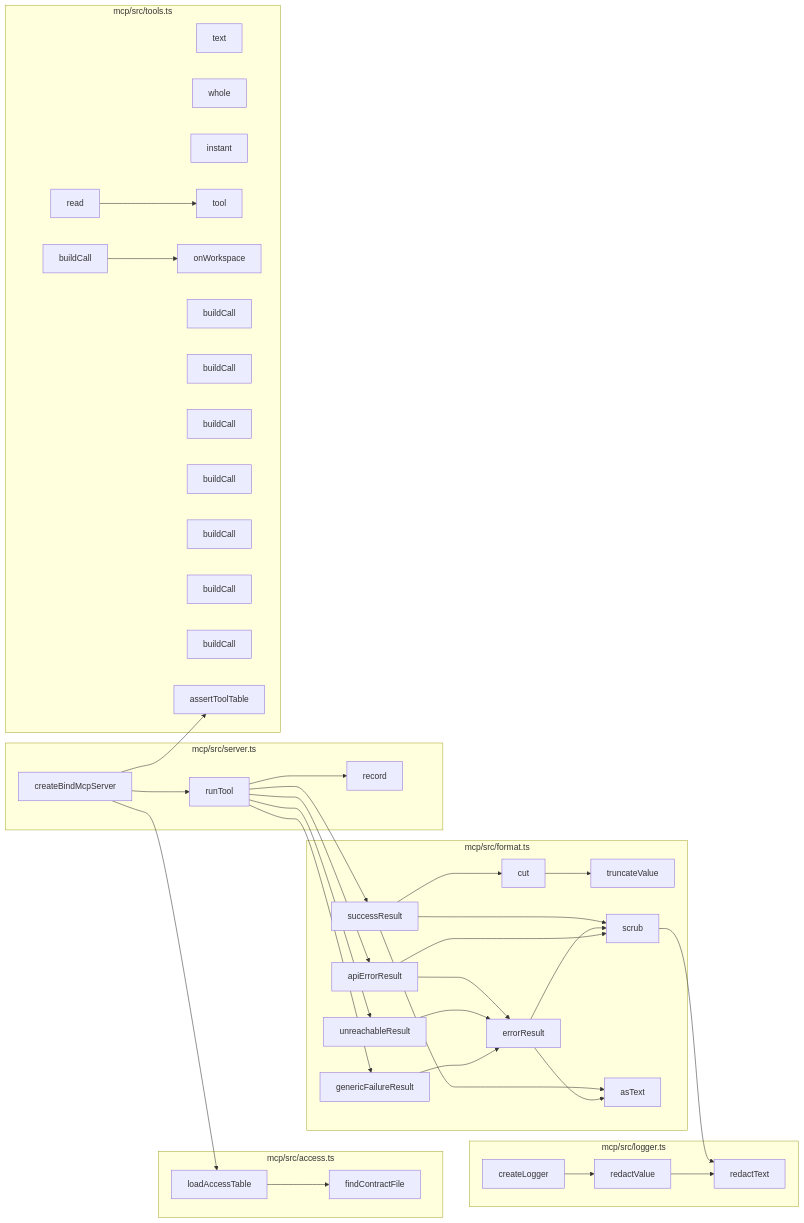
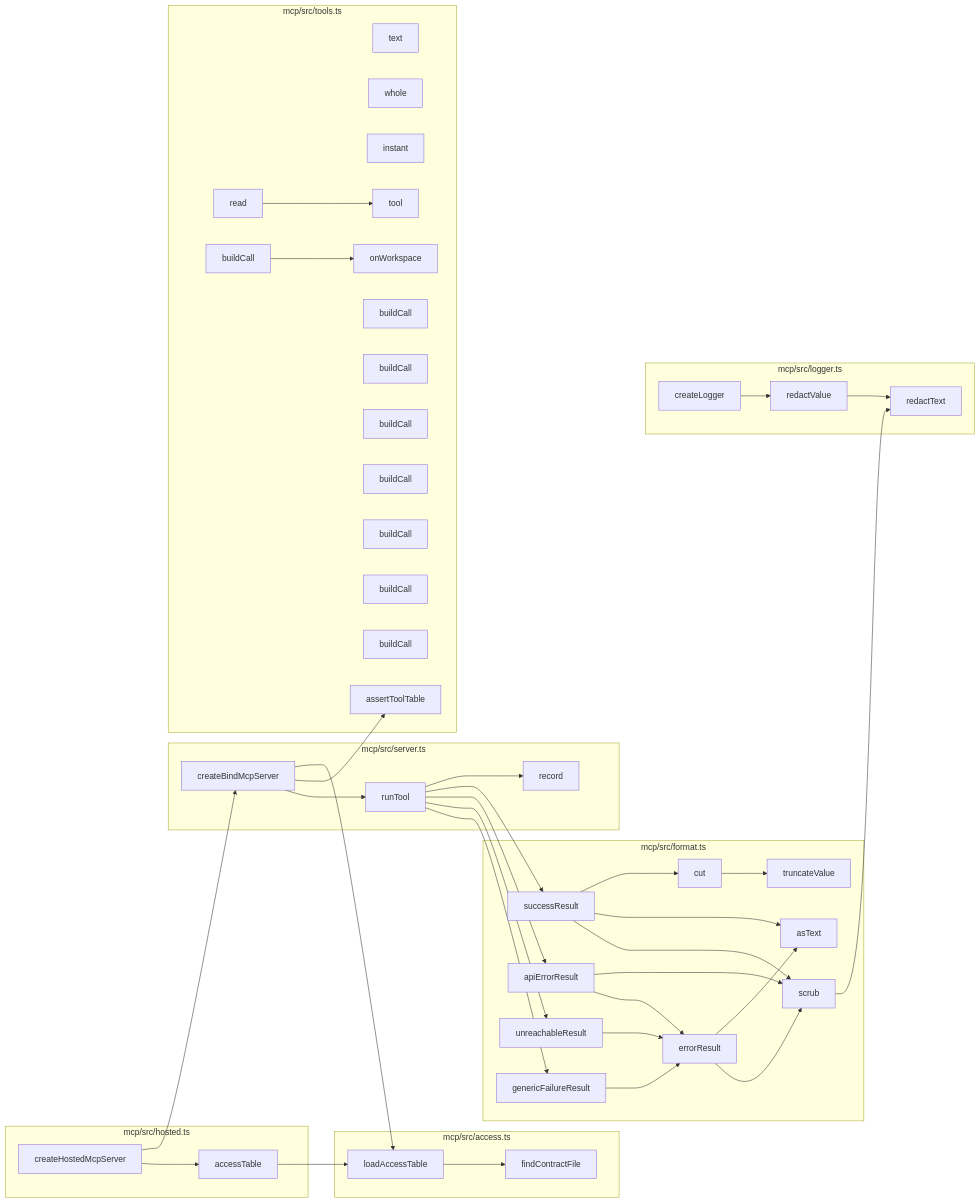
One commit to Jaydearcadian/bind changed the second of 5 diagrams in docs/CODEBASE_MAP.md. Above: the diagram before and after it, drawn with Mermaid. The commit also changed other lines of this file and 17 other files, not shown here.

````diff
--- a/docs/CODEBASE_MAP.md
+++ b/docs/CODEBASE_MAP.md
@@ -859,69 +151,76 @@
 ```mermaid
 flowchart LR
   subgraph F0["mcp/src/access.ts"]
     n0["findContractFile"]
     n1["loadAccessTable"]
   end
   subgraph F1["mcp/src/format.ts"]
     n2["truncateValue"]
     n3["cut"]
     n4["scrub"]
     n5["asText"]
     n6["successResult"]
     n7["errorResult"]
     n8["apiErrorResult"]
     n9["unreachableResult"]
     n10["genericFailureResult"]
   end
-  subgraph F2["mcp/src/logger.ts"]
-    n11["redactText"]
-    n12["redactValue"]
-    n13["createLogger"]
+  subgraph F2["mcp/src/hosted.ts"]
+    n11["accessTable"]
+    n12["createHostedMcpServer"]
   end
-  subgraph F3["mcp/src/server.ts"]
-    n14["createBindMcpServer"]
-    n15["runTool"]
-    n16["record"]
+  subgraph F3["mcp/src/logger.ts"]
+    n13["redactText"]
+    n14["redactValue"]
+    n15["createLogger"]
   end
-  subgraph F4["mcp/src/tools.ts"]
-    n17["text"]
-    n18["whole"]
-    n19["instant"]
-    n20["tool"]
-    n21["onWorkspace"]
-    n22["read"]
-    n23["buildCall"]
-    n24["buildCall"]
+  subgraph F4["mcp/src/server.ts"]
+    n16["createBindMcpServer"]
+    n17["runTool"]
+    n18["record"]
+  end
+  subgraph F5["mcp/src/tools.ts"]
+    n19["text"]
+    n20["whole"]
+    n21["instant"]
+    n22["tool"]
+    n23["onWorkspace"]
+    n24["read"]
     n25["buildCall"]
     n26["buildCall"]
     n27["buildCall"]
     n28["buildCall"]
     n29["buildCall"]
     n30["buildCall"]
-    n31["assertToolTable"]
+    n31["buildCall"]
+    n32["buildCall"]
+    n33["assertToolTable"]
   end
   n1 --> n0
   n3 --> n2
-  n4 --> n11
+  n4 --> n13
   n6 --> n3
   n6 --> n5
   n6 --> n4
   n7 --> n5
   n7 --> n4
   n8 --> n4
   n8 --> n7
   n9 --> n7
   n10 --> n7
+  n11 --> n1
+  n12 --> n16
   n12 --> n11
-  n13 --> n12
-  n14 --> n1
-  n14 --> n31
-  n14 --> n15
-  n15 --> n16
-  n15 --> n6
-  n15 --> n8
-  n15 --> n9
-  n15 --> n10
-  n22 --> n20
-  n23 --> n21
+  n14 --> n13
+  n15 --> n14
+  n16 --> n1
+  n16 --> n33
+  n16 --> n17
+  n17 --> n18
+  n17 --> n6
+  n17 --> n8
+  n17 --> n9
+  n17 --> n10
+  n24 --> n22
+  n25 --> n23
 ```
````
